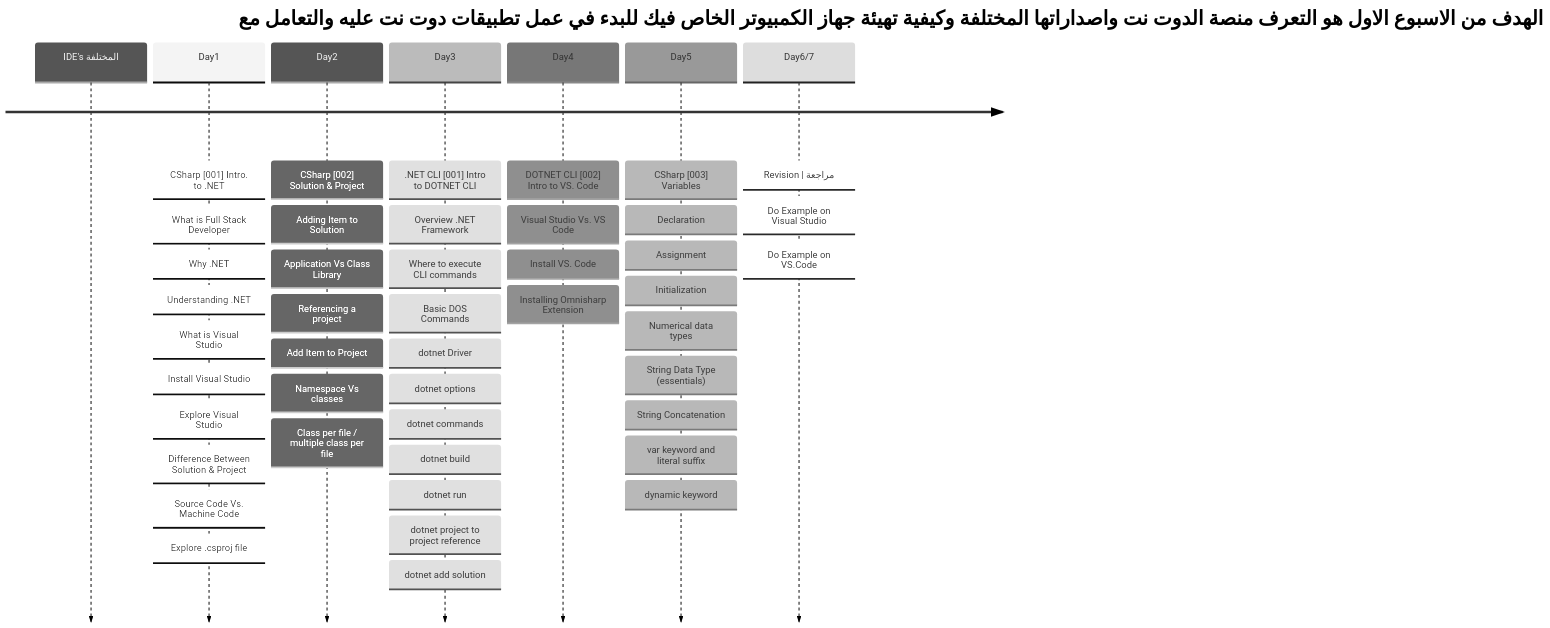
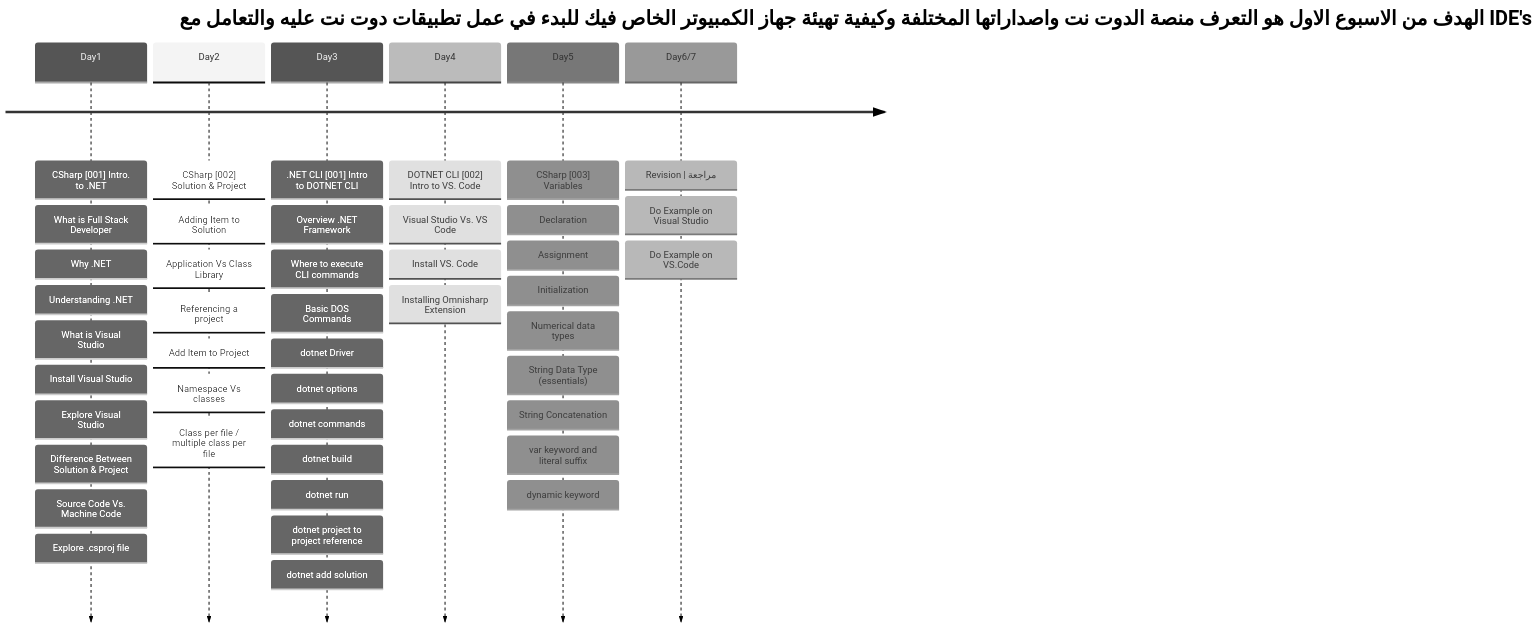
One commit to metigator/Roadmap changed the first of 3 diagrams in README.md. Above: the diagram before and after it, drawn with Mermaid (neutral theme).

````diff
--- a/README.md
+++ b/README.md
@@ -5,51 +5,49 @@
 ```mermaid
 timeline
-    title  الهدف من الاسبوع الاول هو التعرف منصة الدوت نت واصداراتها المختلفة وكيفية تهيئة جهاز الكمبيوتر الخاص فيك للبدء في عمل تطبيقات دوت نت عليه والتعامل مع 
-IDE's المختلفة
-   
+    title  الهدف من الاسبوع الاول هو التعرف منصة الدوت نت واصداراتها المختلفة وكيفية تهيئة جهاز الكمبيوتر الخاص فيك للبدء في عمل تطبيقات دوت نت عليه والتعامل مع IDE's   
     Day1 : CSharp [001] Intro. to .NET
          : What is Full Stack Developer
          : Why .NET
          : Understanding .NET
          : What is Visual Studio
          : Install Visual Studio
          : Explore Visual Studio
          : Difference Between Solution & Project
          : Source Code Vs. Machine Code
          : Explore .csproj file
     Day2 : CSharp [002] Solution & Project
          : Adding Item to Solution
          : Application Vs Class Library
          : Referencing a project
          : Add Item to Project
          : Namespace Vs classes
          : Class per file / multiple class per file 
     Day3 : .NET CLI [001] Intro to DOTNET CLI
          : Overview .NET Framework
          : Where to execute CLI commands
          : Basic DOS Commands
          : dotnet Driver
          : dotnet options
          : dotnet commands
          : dotnet build
          : dotnet run
          : dotnet project to project reference
          : dotnet add solution
     Day4 : DOTNET CLI [002] Intro to VS. Code
          : Visual Studio Vs. VS Code
          : Install VS. Code
          : Installing Omnisharp Extension
     Day5 : CSharp [003] Variables 
          : Declaration
          : Assignment
          : Initialization
          : Numerical data types
          : String Data Type (essentials)
          : String Concatenation
          : var keyword and literal suffix
          : dynamic keyword
   Day6/7 : Revision | مراجعة
          : Do Example on Visual Studio
          : Do Example on VS.Code
          
 ```
````
